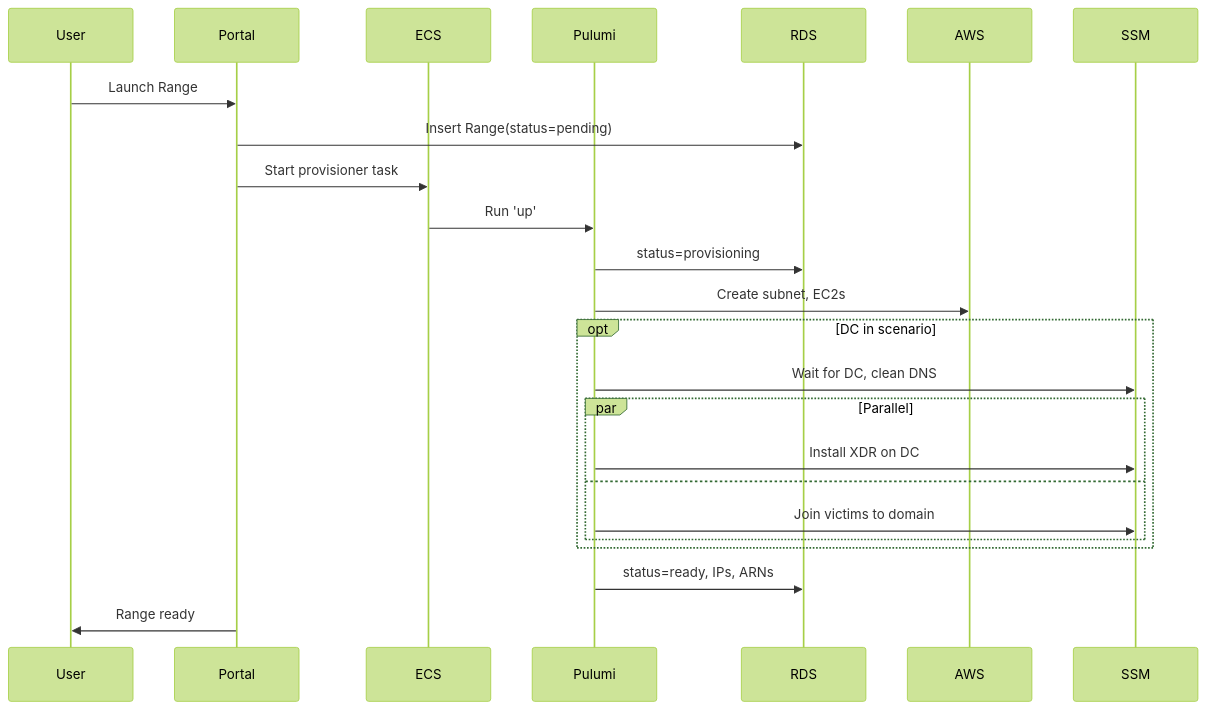
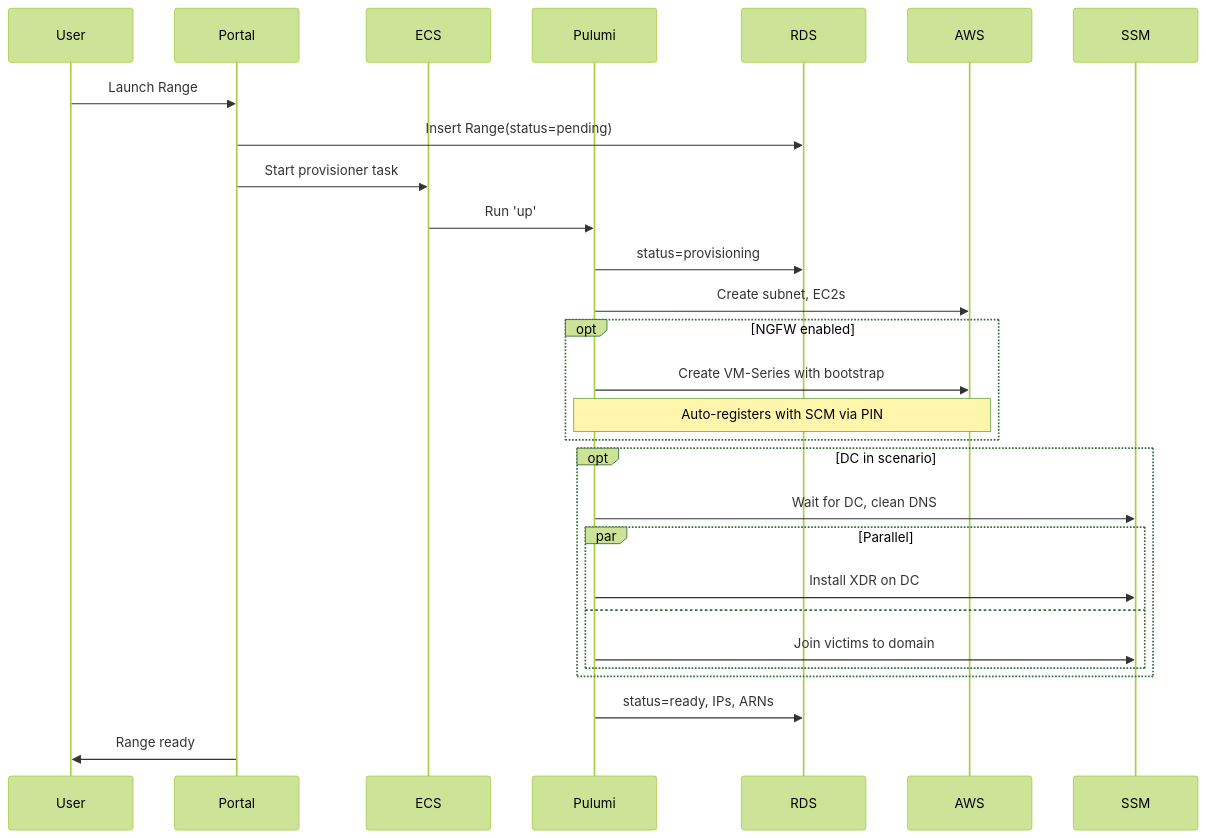
One commit to PaloAltoNetworks/shifter changed the second of 4 diagrams in portal/documentation/docs/architecture.md. Above: the diagram before and after it, drawn with Mermaid (forest theme). The commit also changed other lines of this file and 3 other files, not shown here.

````diff
--- a/portal/documentation/docs/architecture.md
+++ b/portal/documentation/docs/architecture.md
@@ -110,27 +115,31 @@
 ```mermaid
 sequenceDiagram
     participant User
     participant Portal
     participant ECS
     participant Pulumi
     participant RDS
     participant AWS
     participant SSM
 
     User->>Portal: Launch Range
     Portal->>RDS: Insert Range(status=pending)
     Portal->>ECS: Start provisioner task
     ECS->>Pulumi: Run 'up'
     Pulumi->>RDS: status=provisioning
     Pulumi->>AWS: Create subnet, EC2s
+    opt NGFW enabled
+        Pulumi->>AWS: Create VM-Series with bootstrap
+        Note over Pulumi,AWS: Auto-registers with SCM via PIN
+    end
     opt DC in scenario
         Pulumi->>SSM: Wait for DC, clean DNS
         par Parallel
             Pulumi->>SSM: Install XDR on DC
         and
             Pulumi->>SSM: Join victims to domain
         end
     end
     Pulumi->>RDS: status=ready, IPs, ARNs
     Portal->>User: Range ready
 ```
````
